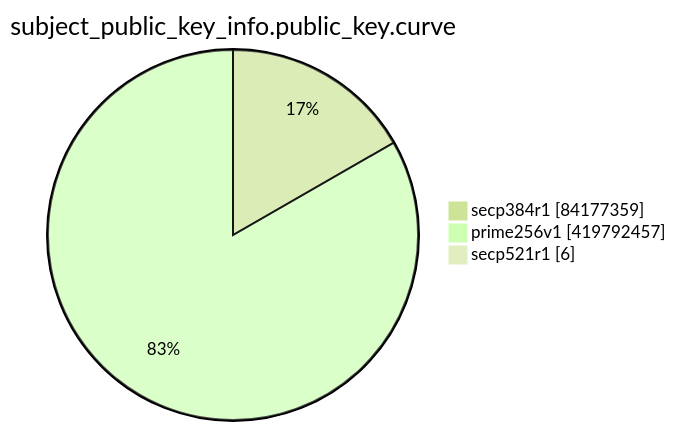
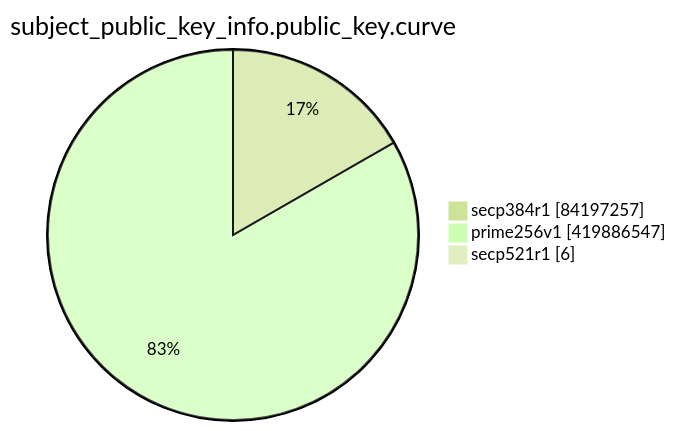
The eighth of 15 diagrams in TOTAL/README.md (christiankrug/ctmonitor_visualization), drawn with Mermaid (forest theme) before and after one commit. The commit also changed other lines of this file, not shown here.

````diff
--- a/TOTAL/README.md
+++ b/TOTAL/README.md
@@ -3099,7 +3099,7 @@
 ```mermaid
 pie showData
 title subject_public_key_info.public_key.curve
-"secp384r1" :84177359
-"prime256v1" :419792457
+"secp384r1" :84197257
+"prime256v1" :419886547
 "secp521r1" :6
 ```
````
